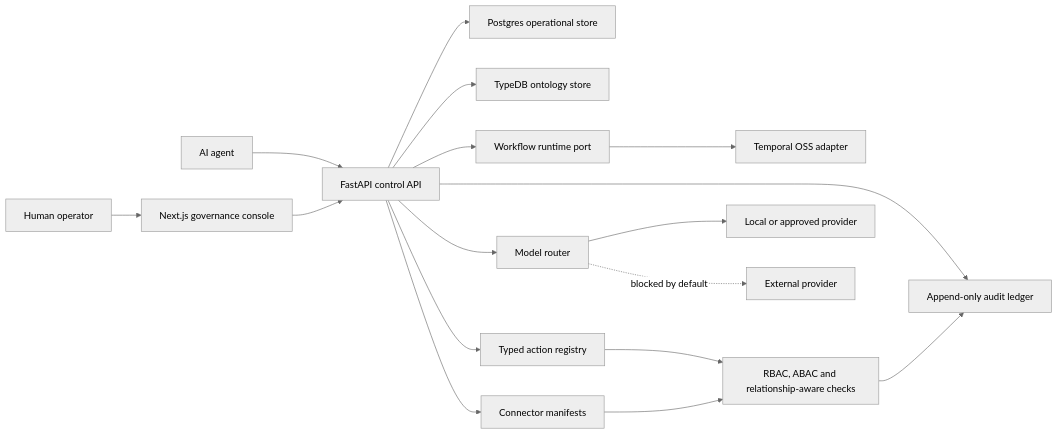
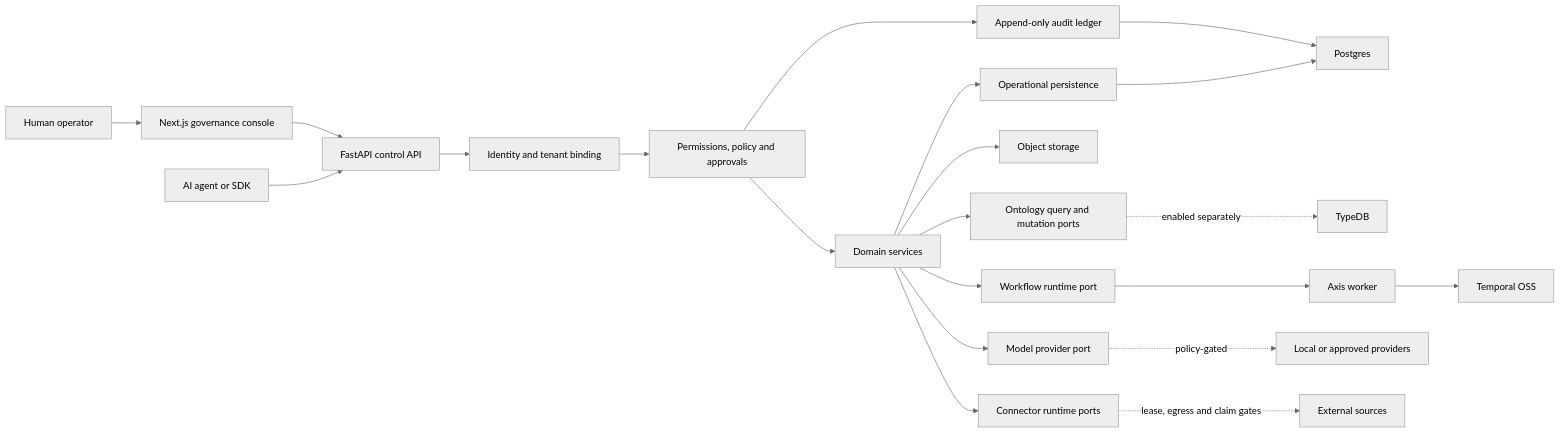
Before and after one commit to Elgabor/limes-axis-pr435-recovery: the diagram in docs/architecture.md, drawn with Mermaid (neutral theme). The commit also changed other lines of this file and 4 other files, not shown here.

Commit message:
Separate current architecture from history (#379)

````diff
--- a/docs/architecture.md
+++ b/docs/architecture.md
@@ -10,19 +10,27 @@
 ```mermaid
 flowchart LR
-  Human["Human operator"] --> Console["Next.js governance console"]
-  Agent["AI agent"] --> API["FastAPI control API"]
+  Operator["Human operator"] --> Console["Next.js governance console"]
+  Agent["AI agent or SDK"] --> API["FastAPI control API"]
   Console --> API
-  API --> Postgres["Postgres operational store"]
-  API --> TypeDB["TypeDB ontology store"]
-  API --> Router["Model router"]
-  API --> Registry["Typed action registry"]
-  API --> Connectors["Connector manifests"]
-  API --> Audit["Append-only audit ledger"]
-  API --> WorkflowPort["Workflow runtime port"]
-  WorkflowPort --> Temporal["Temporal OSS adapter"]
-  Registry --> Permissions["RBAC, ABAC and relationship-aware checks"]
-  Connectors --> Permissions
-  Permissions --> Audit
-  Router --> LocalModel["Local or approved provider"]
-  Router -. "blocked by default" .-> ExternalModel["External provider"]
+
+  API --> Identity["Identity and tenant binding"]
+  Identity --> Governance["Permissions, policy and approvals"]
+  Governance --> Domain["Domain services"]
+  Governance --> Audit["Append-only audit ledger"]
+
+  Domain --> Persistence["Operational persistence"]
+  Persistence --> Postgres["Postgres"]
+  Audit --> Postgres
+  Domain --> ObjectStore["Object storage"]
+  Domain --> OntologyPort["Ontology query and mutation ports"]
+  OntologyPort -. "enabled separately" .-> TypeDB["TypeDB"]
+
+  Domain --> WorkflowPort["Workflow runtime port"]
+  WorkflowPort --> Worker["Axis worker"]
+  Worker --> Temporal["Temporal OSS"]
+
+  Domain --> ModelPort["Model provider port"]
+  ModelPort -. "policy-gated" .-> Models["Local or approved providers"]
+  Domain --> ConnectorPort["Connector runtime ports"]
+  ConnectorPort -. "lease, egress and claim gates" .-> Sources["External sources"]
 ```
````
